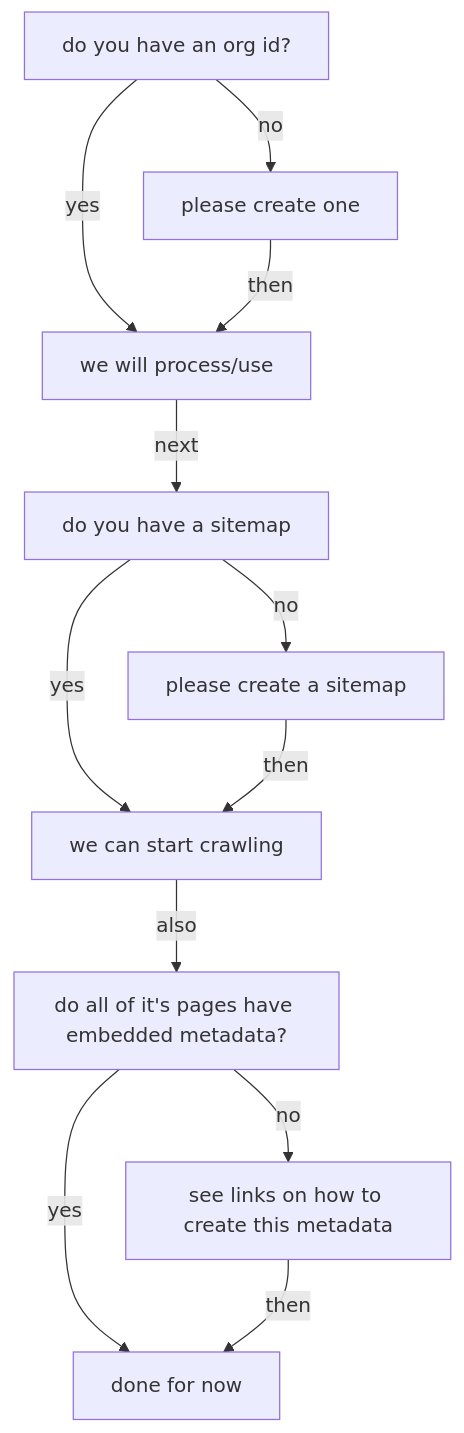
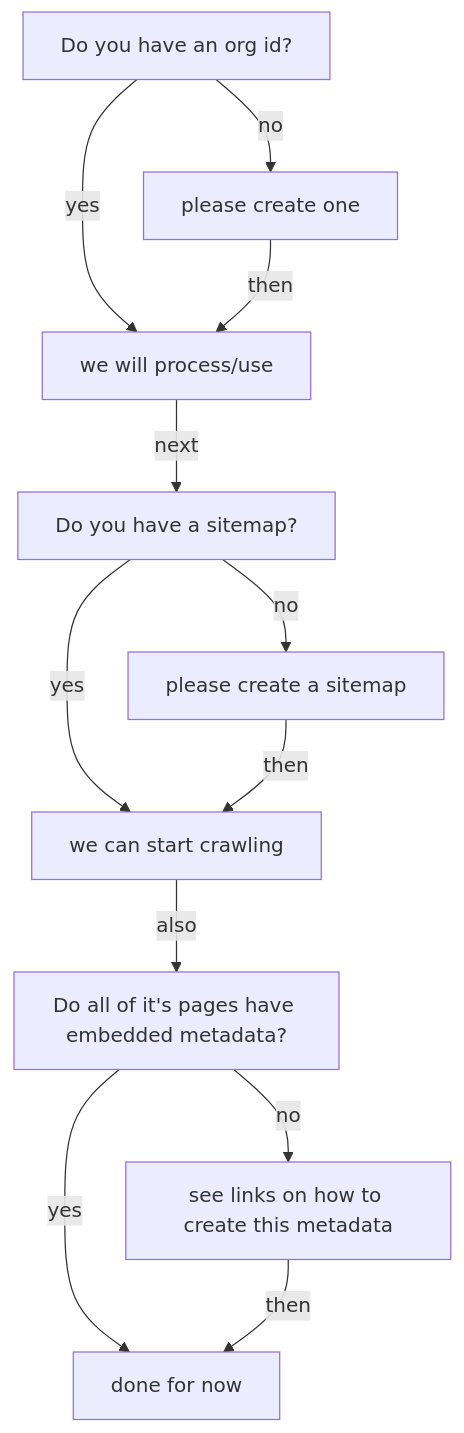
The diagram in doc/onboarding.md (MBcode/ec), drawn with Mermaid before and after one commit.

Commit message:
Update onboarding.md
small diagram txt changes

````diff
--- a/doc/onboarding.md
+++ b/doc/onboarding.md
@@ -3,10 +3,10 @@
 ```mermaid
 flowchart TD;
-ror[do you have an org id?] -- yes --> process[we will process/use];
+ror[Do you have an org id?] -- yes --> process[we will process/use];
 ror -- no --> create[please create one] -- then --> process;
-process -- next --> sitemap[do you have a sitemap] -- yes --> crawl[we can start crawling];
+process -- next --> sitemap[Do you have a sitemap?] -- yes --> crawl[we can start crawling];
 sitemap -- no --> mksm[please create a sitemap] -- then --> crawl;
-crawl -- also --> jld[do all of it's pages have embedded metadata?];
+crawl -- also --> jld[Do all of it's pages have embedded metadata?];
 jld -- yes --> good[done for now];
 jld -- no --> esipfed[see links on how to create this metadata] -- then --> good;
 ```
````
